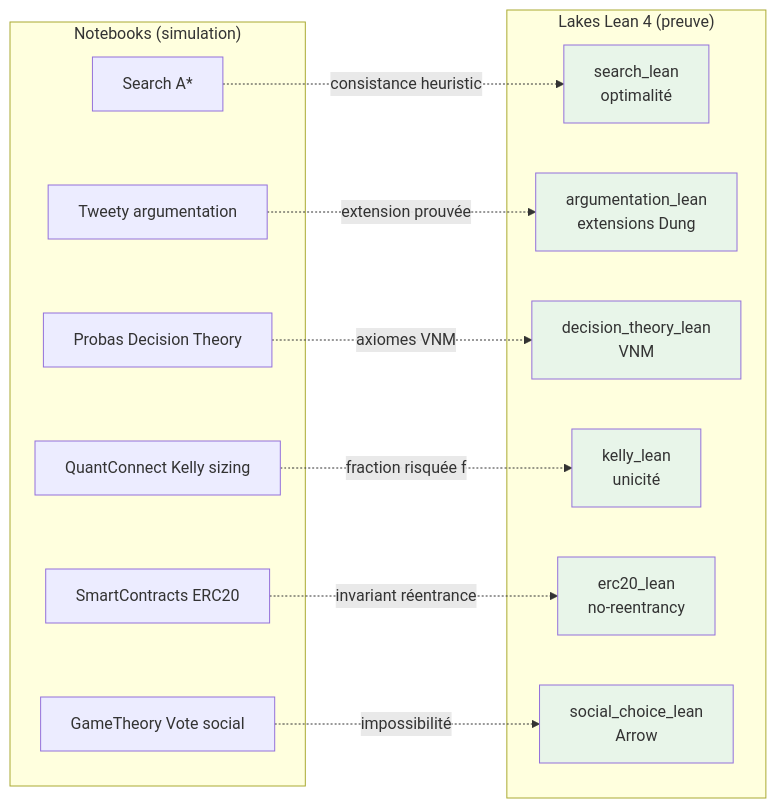
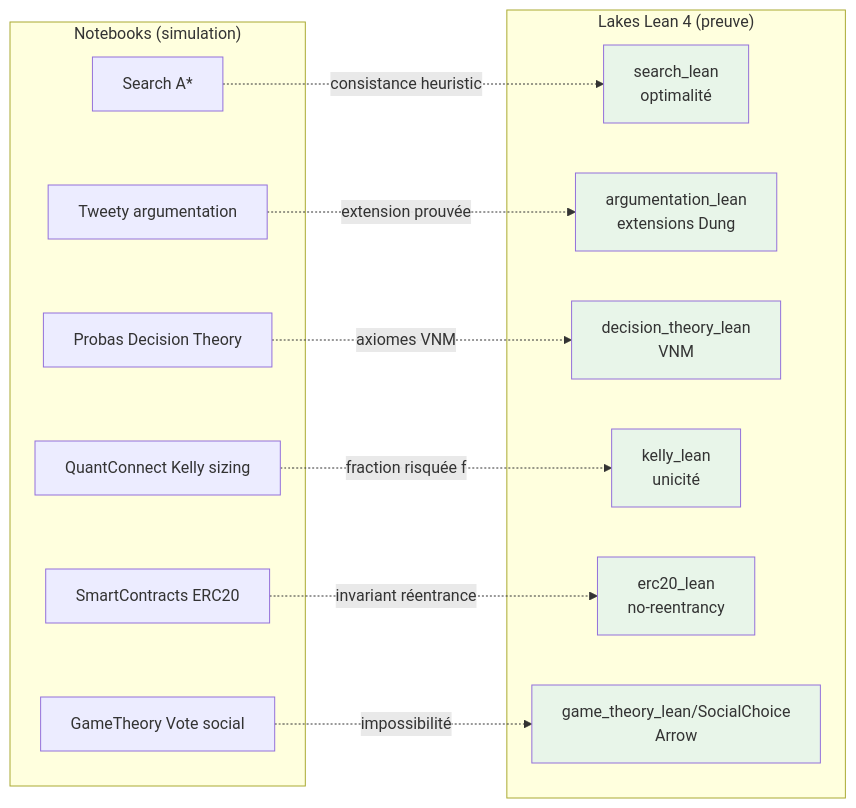
One commit to jsboige/CoursIA changed the second of 2 diagrams in MyIA.AI.Notebooks/README.md. Above: the diagram before and after it, drawn with Mermaid.

First paragraph of the commit message:
Fix: MyIA.AI.Notebooks hub README mermaid L6 stale social_choice_lean/ → game_theory_lean/SocialChoice/
EPIC #4959 READMEs intermédiaires & centraux + EPIC #4365 doctrine cleanup
tail-end + EPIC #3973 méthode ascendante hub racine.

````diff
--- a/MyIA.AI.Notebooks/README.md
+++ b/MyIA.AI.Notebooks/README.md
@@ -286,31 +286,31 @@
 ```mermaid
 flowchart LR
     subgraph SIM["Notebooks (simulation)"]
         N1[Search A*]
         N2[Tweety argumentation]
         N3[Probas Decision Theory]
         N4[QuantConnect Kelly sizing]
         N5[SmartContracts ERC20]
         N6[GameTheory Vote social]
     end
     subgraph LEAN["Lakes Lean 4 (preuve)"]
         L1["search_lean<br/>optimalité"]
         L2["argumentation_lean<br/>extensions Dung"]
         L3["decision_theory_lean<br/>VNM"]
         L4["kelly_lean<br/>unicité"]
         L5["erc20_lean<br/>no-reentrancy"]
-        L6["social_choice_lean<br/>Arrow"]
+        L6["game_theory_lean/SocialChoice<br/>Arrow"]
     end
     N1 -. "consistance heuristic" .-> L1
     N2 -. "extension prouvée" .-> L2
     N3 -. "axiomes VNM" .-> L3
     N4 -. "fraction risquée f" .-> L4
     N5 -. "invariant réentrance" .-> L5
     N6 -. "impossibilité" .-> L6
     style L1 fill:#e8f5e9
     style L2 fill:#e8f5e9
     style L3 fill:#e8f5e9
     style L4 fill:#e8f5e9
     style L5 fill:#e8f5e9
     style L6 fill:#e8f5e9
 ```
````
